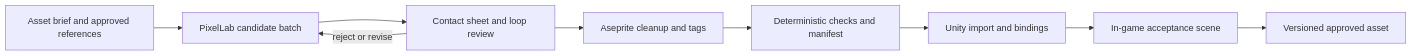
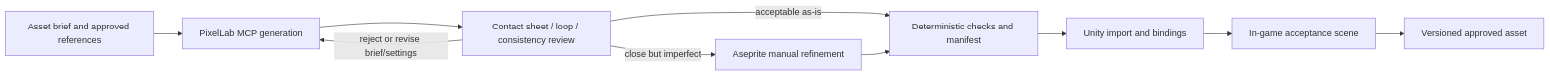
The diagram in docs/05-art-and-animation-pipeline.md (ceponatia/baby-farmer), drawn with Mermaid before and after one commit. The commit also changed other lines of this file and 4 other files, not shown here.

First line of the commit message:
Document PixelLab MCP art-generation workflow (#8)

````diff
--- a/docs/05-art-and-animation-pipeline.md
+++ b/docs/05-art-and-animation-pipeline.md
@@ -29,11 +42,12 @@
 ```mermaid
 flowchart LR
-    Brief[Asset brief and approved references] --> Candidate[PixelLab candidate batch]
-    Candidate --> Inspect[Contact sheet and loop review]
-    Inspect -->|reject or revise| Candidate
-    Inspect --> Edit[Aseprite cleanup and tags]
-    Edit --> Validate[Deterministic checks and manifest]
+    Brief[Asset brief and approved references] --> MCP[PixelLab MCP generation]
+    MCP --> Inspect[Contact sheet / loop / consistency review]
+    Inspect -->|reject or revise brief/settings| MCP
+    Inspect -->|close but imperfect| Edit[Aseprite manual refinement]
+    Inspect -->|acceptable as-is| Validate[Deterministic checks and manifest]
+    Edit --> Validate
     Validate --> Import[Unity import and bindings]
     Import --> Scene[In-game acceptance scene]
     Scene --> Approved[Versioned approved asset]
 ```
````
